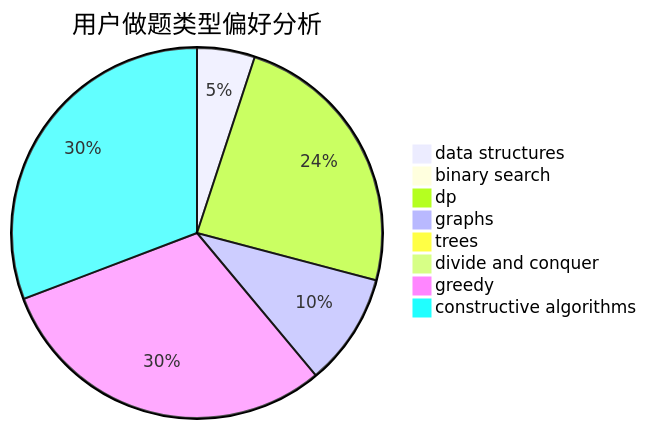
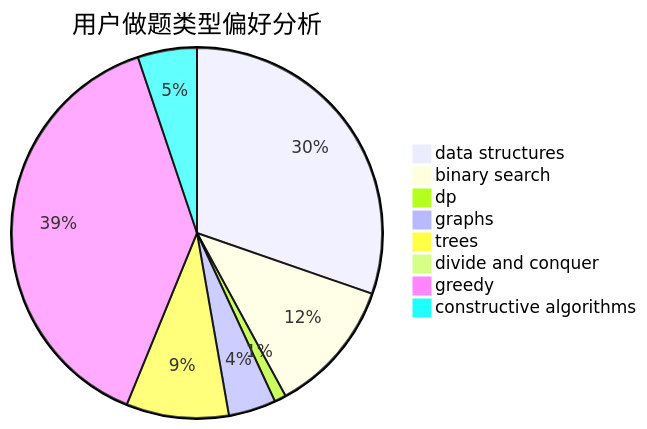
One commit to sherpahu/cfrs.github.io changed the second of 3 diagrams in docs/user/u1441.md. Above: the diagram before and after it, drawn with Mermaid. The commit also changed other lines of this file and 2770 other files, not shown here.

````diff
--- a/docs/user/u1441.md
+++ b/docs/user/u1441.md
@@ -23,11 +23,11 @@
 ```mermaid
 pie title 用户做题类型偏好分析
-    "data structures" :  91
-    "binary search" :  6
-    "dp" :  434
-    "graphs" :  177
-    "trees" :  16
-    "divide and conquer" :  0
-    "greedy" :  546
-    "constructive algorithms" :  555
+    "data structures" :  505
+    "binary search" :  196
+    "dp" :  17
+    "graphs" :  69
+    "trees" :  149
+    "divide and conquer" :  1
+    "greedy" :  644
+    "constructive algorithms" :  86
 ```
````
